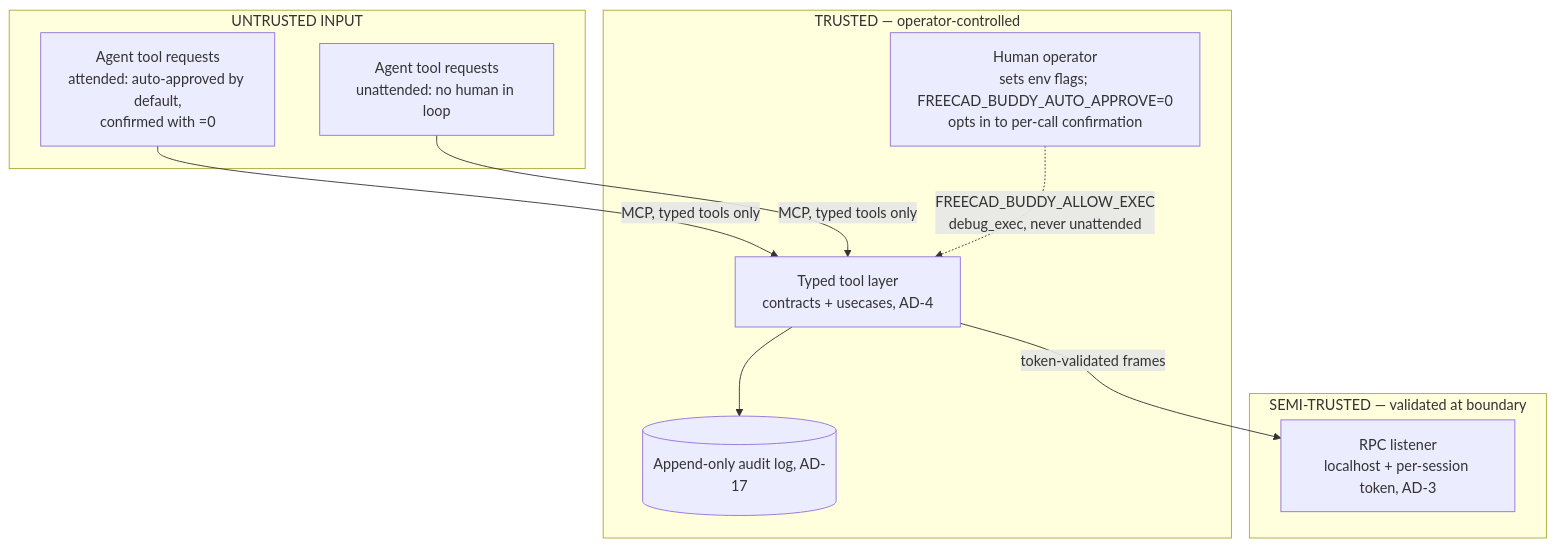
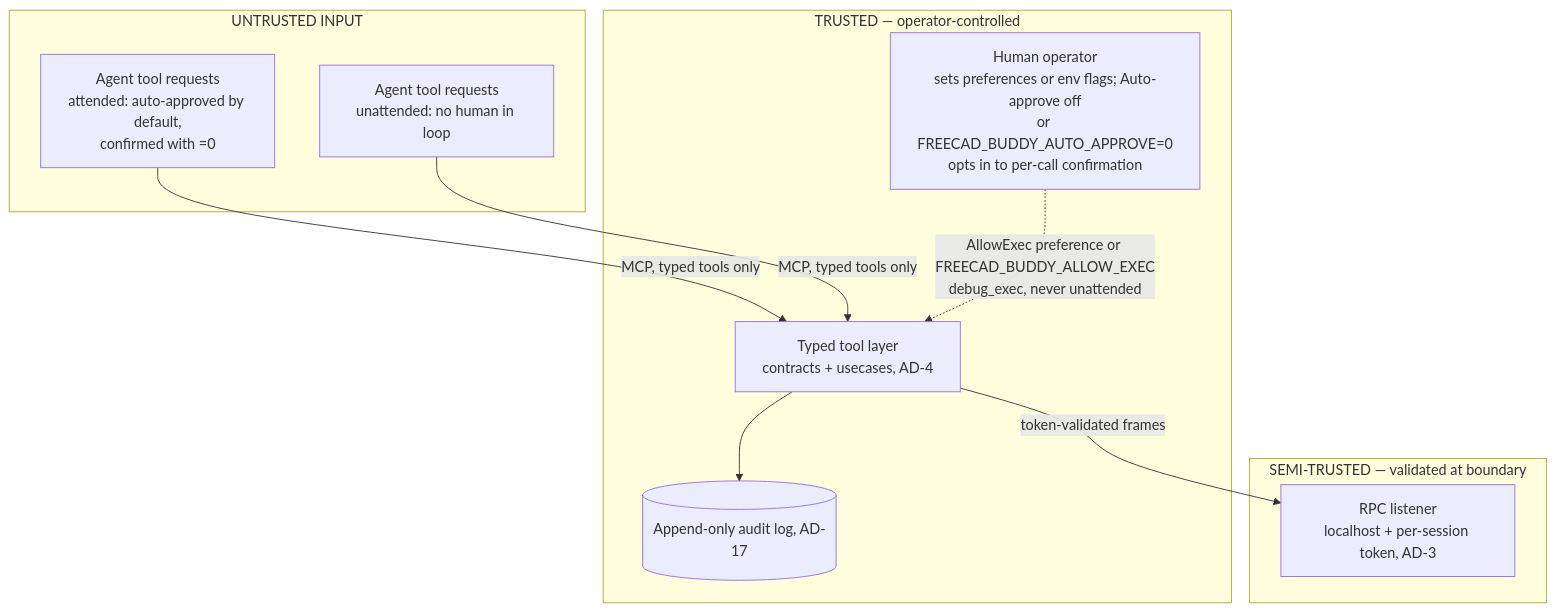
Before and after one commit to robotics-playground/freecad-buddy: the diagram in _bmad-output/planning-artifacts/architecture/architecture-freecad-buddy-2026-07-21/design/security-and-service-design.md, drawn with Mermaid. The commit also changed other lines of this file and 40 other files, not shown here.

````diff
--- a/_bmad-output/planning-artifacts/architecture/architecture-freecad-buddy-2026-07-21/design/security-and-service-design.md
+++ b/_bmad-output/planning-artifacts/architecture/architecture-freecad-buddy-2026-07-21/design/security-and-service-design.md
@@ -87,20 +87,20 @@
 ```mermaid
 graph TB
   subgraph trusted [TRUSTED — operator-controlled]
-    op[Human operator<br/>sets env flags; FREECAD_BUDDY_AUTO_APPROVE=0<br/>opts in to per-call confirmation]
+    op[Human operator<br/>sets preferences or env flags; Auto-approve off<br/>or FREECAD_BUDDY_AUTO_APPROVE=0<br/>opts in to per-call confirmation]
     typed[Typed tool layer<br/>contracts + usecases, AD-4]
     audit[(Append-only audit log, AD-17)]
   end
   subgraph semitrusted [SEMI-TRUSTED — validated at boundary]
     rpc[RPC listener<br/>localhost + per-session token, AD-3]
   end
   subgraph untrusted [UNTRUSTED INPUT]
     llm[Agent tool requests<br/>attended: auto-approved by default,<br/>confirmed with =0]
     unatt[Agent tool requests<br/>unattended: no human in loop]
   end
   llm -->|MCP, typed tools only| typed
   unatt -->|MCP, typed tools only| typed
   typed -->|token-validated frames| rpc
   typed --> audit
-  op -.->|FREECAD_BUDDY_ALLOW_EXEC<br/>debug_exec, never unattended| typed
+  op -.->|AllowExec preference or FREECAD_BUDDY_ALLOW_EXEC<br/>debug_exec, never unattended| typed
 ```
````
